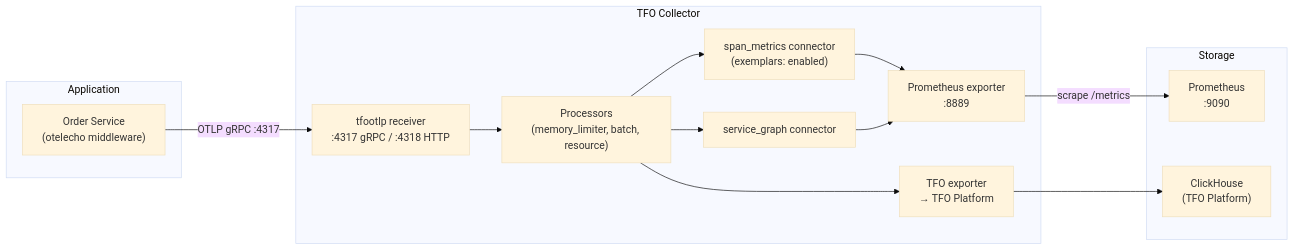
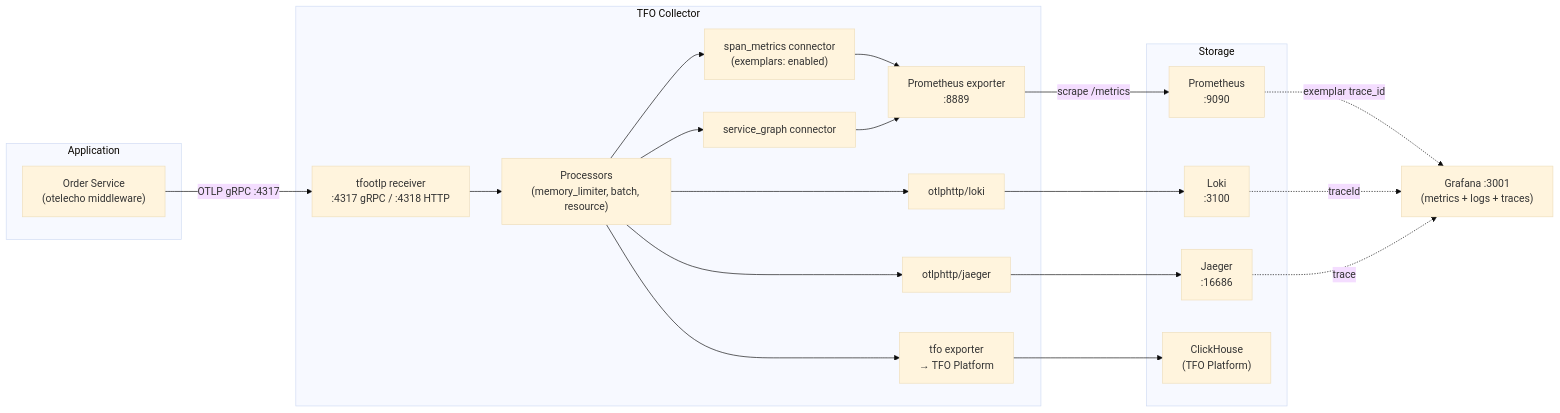
The first of 2 diagrams in docs/wiki/Observability.md (telemetryflow/demo-kiro-sdd), drawn with Mermaid (base theme) before and after one commit. The commit also changed other lines of this file and 19 other files, not shown here.

````diff
--- a/docs/wiki/Observability.md
+++ b/docs/wiki/Observability.md
@@ -26,30 +27,43 @@
 ```mermaid
 flowchart LR
     subgraph Application
         API["Order Service\n(otelecho middleware)"]
     end
 
     subgraph Collector["TFO Collector"]
         RCV["tfootlp receiver\n:4317 gRPC / :4318 HTTP"]
         PROC["Processors\n(memory_limiter, batch, resource)"]
         SM["span_metrics connector\n(exemplars: enabled)"]
         SG["service_graph connector"]
         PEXP["Prometheus exporter\n:8889"]
-        TFO["TFO exporter\n→ TFO Platform"]
+        JEXP["otlphttp/jaeger"]
+        LEXP["otlphttp/loki"]
+        TFO["tfo exporter\n→ TFO Platform"]
     end
 
     subgraph Storage
         PROM["Prometheus\n:9090"]
+        JAEGER["Jaeger\n:16686"]
+        LOKI["Loki\n:3100"]
         CH["ClickHouse\n(TFO Platform)"]
     end
+
+    GRAFANA["Grafana :3001\n(metrics + logs + traces)"]
 
     API -->|"OTLP gRPC :4317"| RCV
     RCV --> PROC
     PROC --> SM
     PROC --> SG
+    PROC --> JEXP
+    PROC --> LEXP
     PROC --> TFO
     SM --> PEXP
     SG --> PEXP
     PEXP -->|"scrape /metrics"| PROM
+    JEXP --> JAEGER
+    LEXP --> LOKI
     TFO --> CH
+    PROM -. exemplar trace_id .-> GRAFANA
+    LOKI -. traceId .-> GRAFANA
+    JAEGER -. trace .-> GRAFANA
 ```
````
